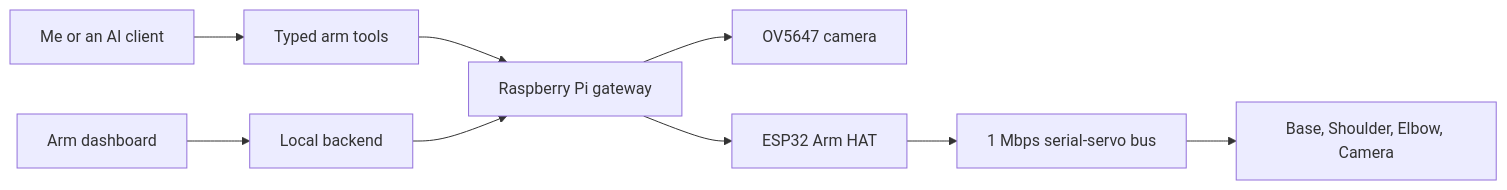
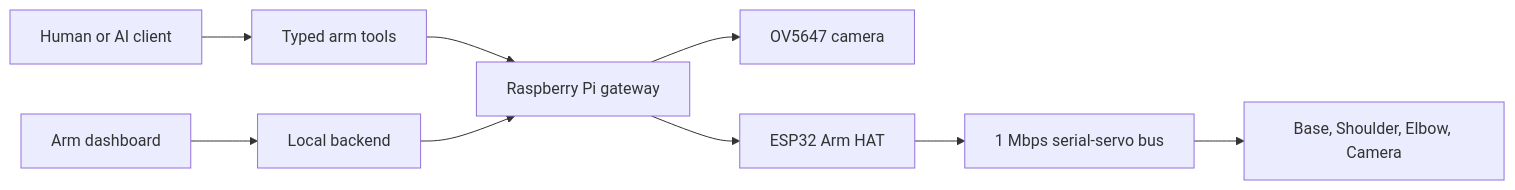
One commit to over-TT/co-arm changed the diagram in README.md. Above: the diagram before and after it, drawn with Mermaid. The commit also changed other lines of this file and 8 other files, not shown here.

Commit message:
Add guided Codex setup flow

````diff
--- a/README.md
+++ b/README.md
@@ -38,11 +41,11 @@
 ```mermaid
 flowchart LR
-    Operator["Me or an AI client"] --> MCP["Typed arm tools"]
+    Operator["Human or AI client"] --> MCP["Typed arm tools"]
     Dashboard["Arm dashboard"] --> Backend["Local backend"]
     MCP --> Pi["Raspberry Pi gateway"]
     Backend --> Pi
     Pi --> Camera["OV5647 camera"]
     Pi --> HAT["ESP32 Arm HAT"]
     HAT --> Bus["1 Mbps serial-servo bus"]
     Bus --> Joints["Base, Shoulder, Elbow, Camera"]
 ```
````
